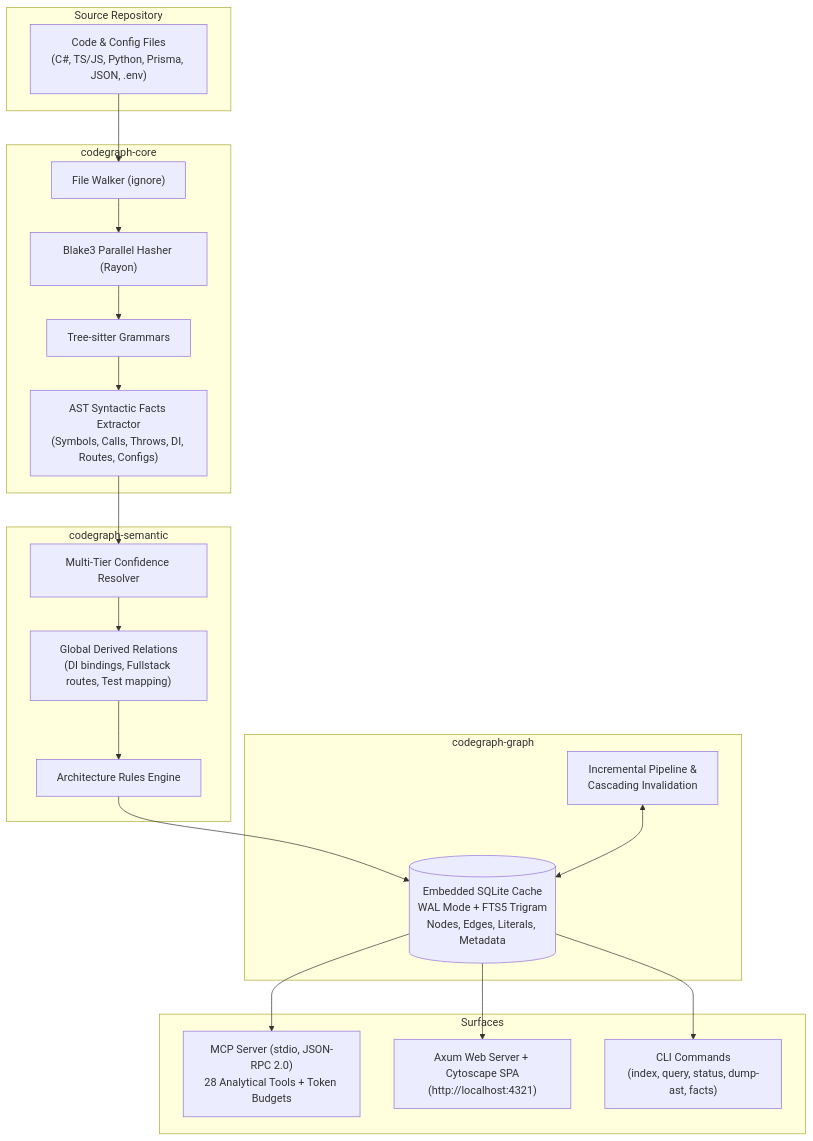
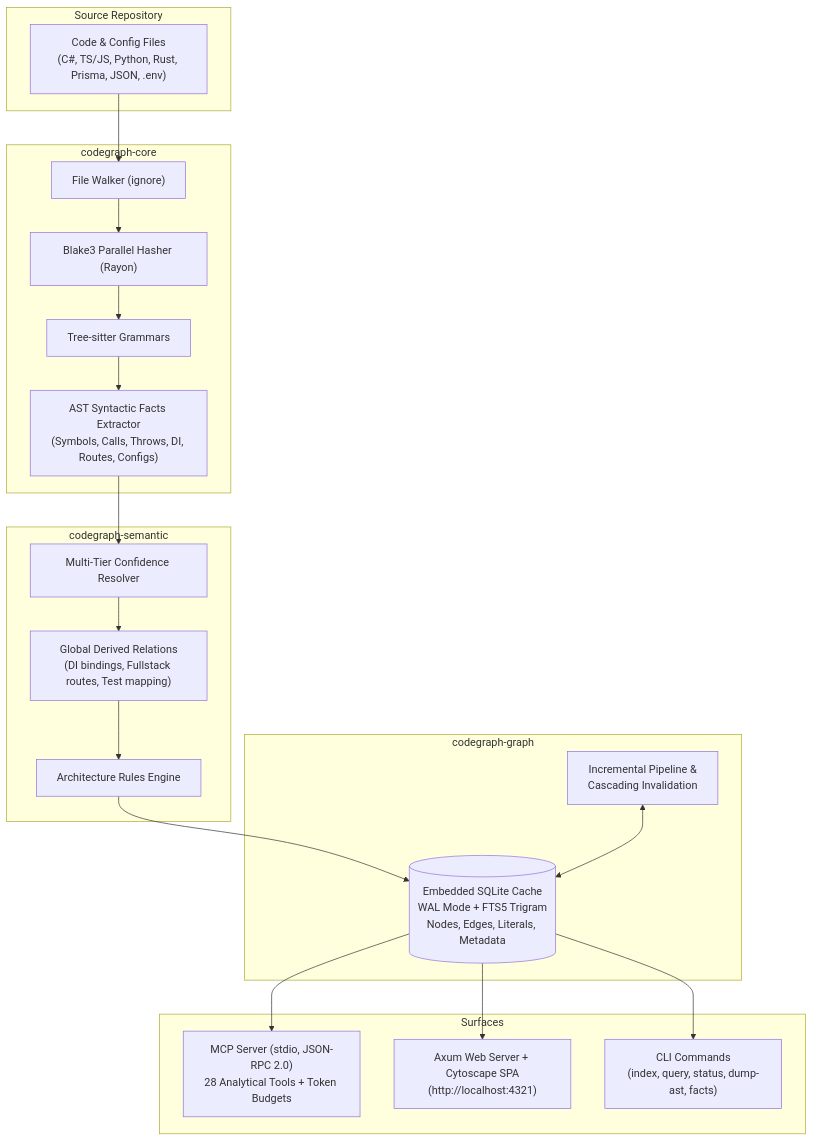
One commit to LeGustaVinho/code-graph changed the diagram in README.md. Above: the diagram before and after it, drawn with Mermaid. The commit also changed other lines of this file and 39 other files, not shown here.

First line of the commit message:
Index Rust: crates, impl blocks, traits and macro-aware call graphs

````diff
--- a/README.md
+++ b/README.md
@@ -77,37 +77,37 @@
 ```mermaid
 flowchart TD
     subgraph Input["Source Repository"]
-        Files["Code & Config Files\n(C#, TS/JS, Python, Prisma, JSON, .env)"]
+        Files["Code & Config Files\n(C#, TS/JS, Python, Rust, Prisma, JSON, .env)"]
     end
 
     subgraph Core["codegraph-core"]
         Walker["File Walker (ignore)"]
         Hasher["Blake3 Parallel Hasher (Rayon)"]
         Parser["Tree-sitter Grammars"]
         Extract["AST Syntactic Facts Extractor\n(Symbols, Calls, Throws, DI, Routes, Configs)"]
     end
 
     subgraph Semantic["codegraph-semantic"]
         Resolver["Multi-Tier Confidence Resolver"]
         Global["Global Derived Relations\n(DI bindings, Fullstack routes, Test mapping)"]
         Arch["Architecture Rules Engine"]
     end
 
     subgraph Graph["codegraph-graph"]
         DB[("Embedded SQLite Cache\nWAL Mode + FTS5 Trigram\nNodes, Edges, Literals, Metadata")]
         Inc["Incremental Pipeline &\nCascading Invalidation"]
     end
 
     subgraph Interfaces["Surfaces"]
         MCP["MCP Server (stdio, JSON-RPC 2.0)\n28 Analytical Tools + Token Budgets"]
         UI["Axum Web Server + Cytoscape SPA\n(http://localhost:4321)"]
         CLI["CLI Commands\n(index, query, status, dump-ast, facts)"]
     end
 
     Files --> Walker --> Hasher --> Parser --> Extract
     Extract --> Resolver --> Global --> Arch --> DB
     Inc <--> DB
     DB --> MCP
     DB --> UI
     DB --> CLI
 ```
````
